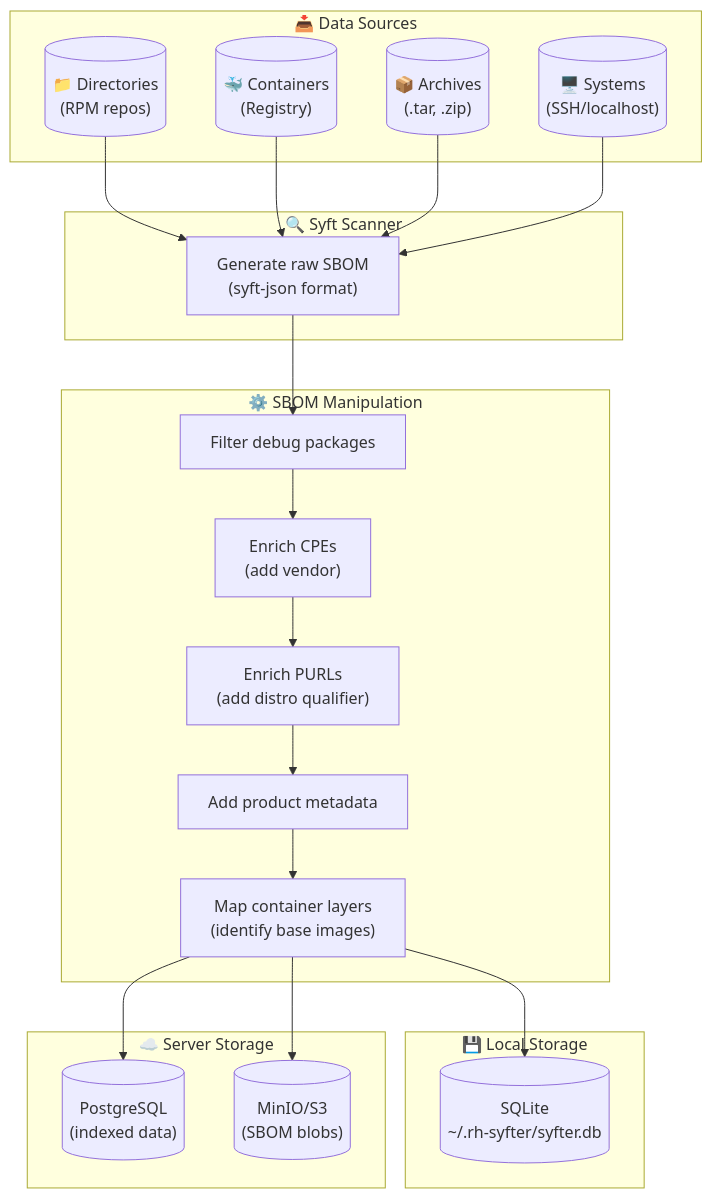
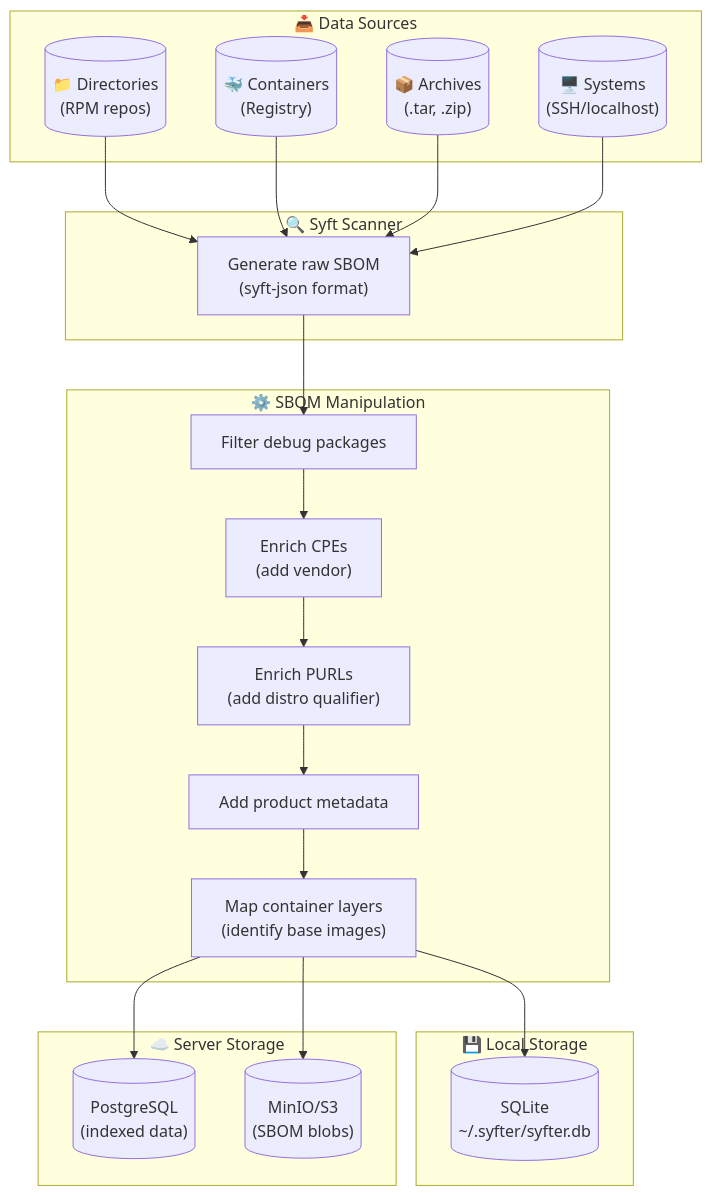
The first of 3 diagrams in docs/DATAFLOW.md (north-echo/syfter-enterprise), drawn with Mermaid before and after one commit. The commit also changed other lines of this file and 29 other files, not shown here.

````diff
--- a/docs/DATAFLOW.md
+++ b/docs/DATAFLOW.md
@@ -7,45 +7,45 @@
 ```mermaid
 flowchart TB
     subgraph Sources["📥 Data Sources"]
         DIR[("📁 Directories<br/>(RPM repos)")]
         CTR[("🐳 Containers<br/>(Registry)")]
         ARC[("📦 Archives<br/>(.tar, .zip)")]
         SYS[("🖥️ Systems<br/>(SSH/localhost)")]
     end
 
     subgraph Scanner["🔍 Syft Scanner"]
         SYFT["Generate raw SBOM<br/>(syft-json format)"]
     end
 
     subgraph Manipulation["⚙️ SBOM Manipulation"]
         FILT["Filter debug packages"]
         CPE["Enrich CPEs<br/>(add vendor)"]
         PURL["Enrich PURLs<br/>(add distro qualifier)"]
         META["Add product metadata"]
         LAYER["Map container layers<br/>(identify base images)"]
     end
 
     subgraph LocalStorage["💾 Local Storage"]
-        SQLITE[("SQLite<br/>~/.rh-syfter/syfter.db")]
+        SQLITE[("SQLite<br/>~/.syfter/syfter.db")]
     end
 
     subgraph ServerStorage["☁️ Server Storage"]
         PG[("PostgreSQL<br/>(indexed data)")]
         S3[("MinIO/S3<br/>(SBOM blobs)")]
     end
 
     DIR --> SYFT
     CTR --> SYFT
     ARC --> SYFT
     SYS --> SYFT
 
     SYFT --> FILT
     FILT --> CPE
     CPE --> PURL
     PURL --> META
     META --> LAYER
 
     LAYER --> SQLITE
     LAYER --> PG
     LAYER --> S3
 ```
````
